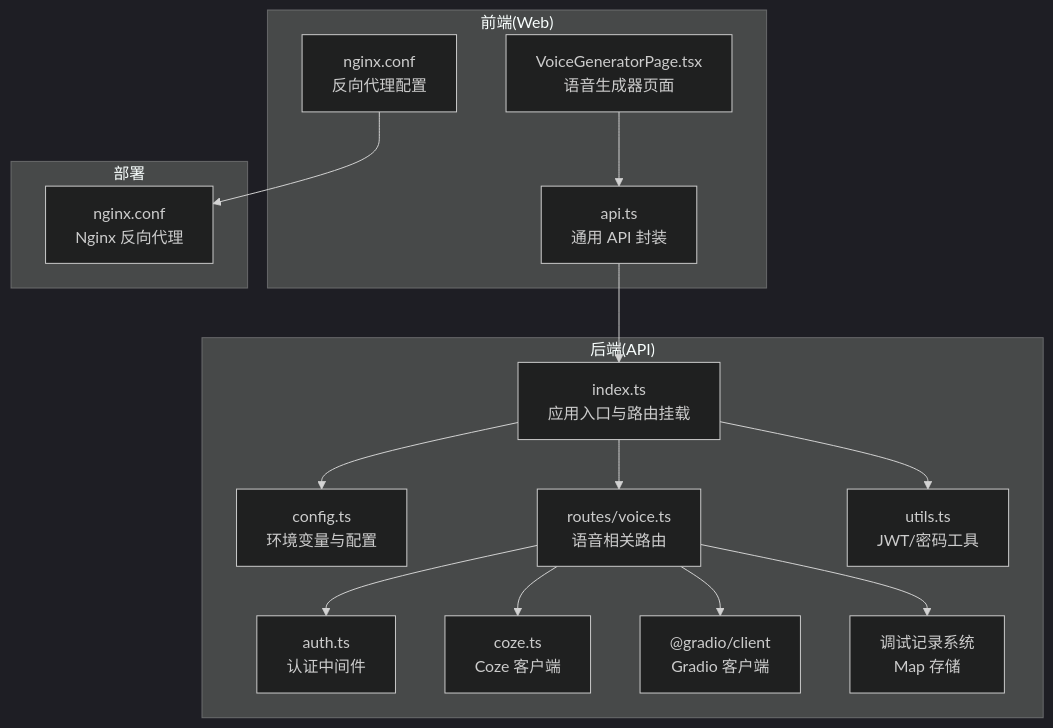
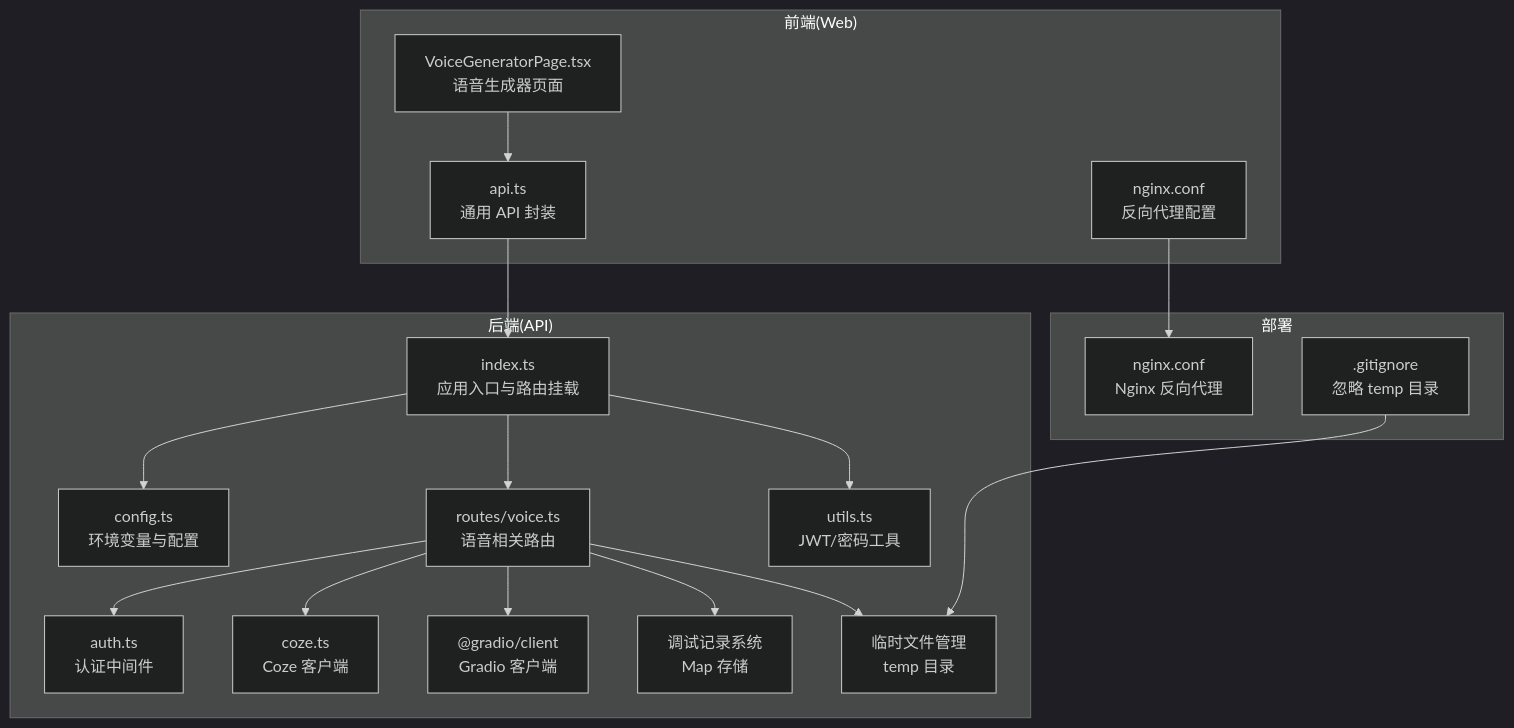
Before and after one commit to hanksd769-droid/sailshub: the first of 4 diagrams in .qoder/repowiki/zh/content/语音生成系统.md, drawn with Mermaid (dark theme). The commit also changed other lines of this file and 4 other files, not shown here.

````diff
--- a/.qoder/repowiki/zh/content/语音生成系统.md
+++ b/.qoder/repowiki/zh/content/语音生成系统.md
@@ -54,31 +57,35 @@
 ```mermaid
 graph TB
 subgraph "前端(Web)"
 WG["VoiceGeneratorPage.tsx<br/>语音生成器页面"]
 API["api.ts<br/>通用 API 封装"]
 NGINX["nginx.conf<br/>反向代理配置"]
 end
 subgraph "后端(API)"
 IDX["index.ts<br/>应用入口与路由挂载"]
 CFG["config.ts<br/>环境变量与配置"]
 AUTH["auth.ts<br/>认证中间件"]
 VOICE["routes/voice.ts<br/>语音相关路由"]
 COZE["coze.ts<br/>Coze 客户端"]
 UTIL["utils.ts<br/>JWT/密码工具"]
 GRADIO["@gradio/client<br/>Gradio 客户端"]
 DEBUG["调试记录系统<br/>Map 存储"]
+TEMP["临时文件管理<br/>temp 目录"]
 end
 subgraph "部署"
 NGINX_CFG["nginx.conf<br/>Nginx 反向代理"]
+GITIGNORE[".gitignore<br/>忽略 temp 目录"]
 end
 WG --> API
 API --> IDX
 IDX --> VOICE
 VOICE --> AUTH
 VOICE --> COZE
 VOICE --> GRADIO
 VOICE --> DEBUG
+VOICE --> TEMP
 IDX --> CFG
 IDX --> UTIL
 NGINX --> NGINX_CFG
+GITIGNORE --> TEMP
 ```
````
